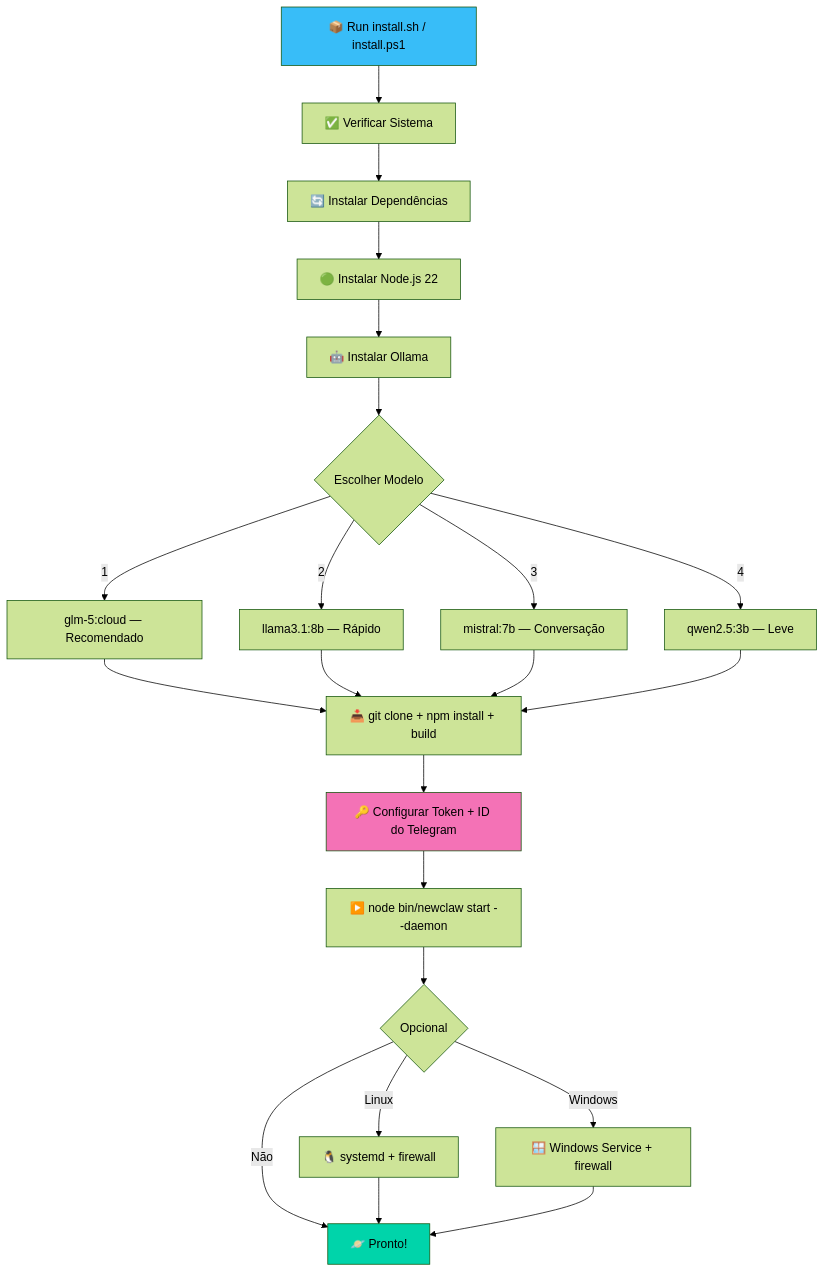
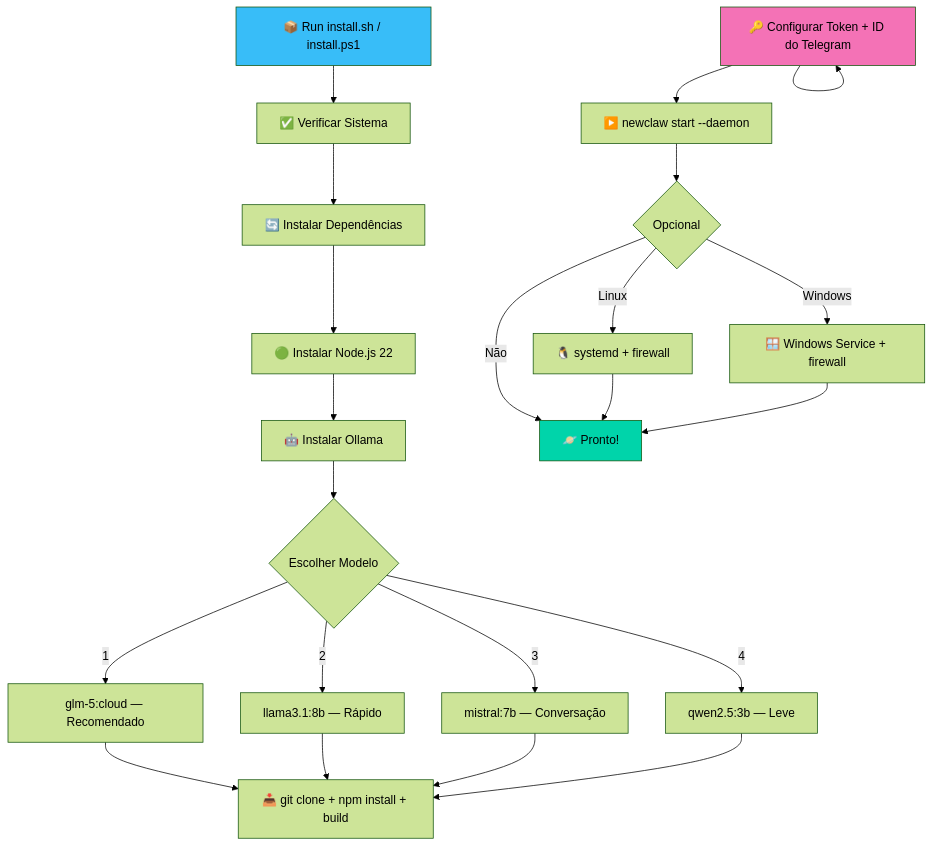
The ninth of 9 diagrams in README.md (rovanni/NewClaw), drawn with Mermaid (forest theme) before and after one commit. The commit also changed other lines of this file and 2 other files, not shown here.

Commit message:
refactor: streamline CLI execution with global command wrapper and improve installation configuration flow

````diff
--- a/README.md
+++ b/README.md
@@ -397,28 +397,28 @@
 ```mermaid
 flowchart TD
     A["📦 Run install.sh / install.ps1"] --> B["✅ Verificar Sistema"]
     B --> C["🔄 Instalar Dependências"]
     C --> D["🟢 Instalar Node.js 22"]
     D --> E["🤖 Instalar Ollama"]
     E --> F{"Escolher Modelo"}
     F -->|"1"| G1["glm-5:cloud — Recomendado"]
     F -->|"2"| G2["llama3.1:8b — Rápido"]
     F -->|"3"| G3["mistral:7b — Conversação"]
     F -->|"4"| G4["qwen2.5:3b — Leve"]
     G1 --> H["📥 git clone + npm install + build"]
     G2 --> H
     G3 --> H
     G4 --> H
-    H --> I["🔑 Configurar Token + ID do Telegram"]
-    I --> J["▶️ node bin/newclaw start --daemon"]
+    I --> I["🔑 Configurar Token + ID do Telegram"]
+    I --> J["▶️ newclaw start --daemon"]
     J --> K{"Opcional"}
     K -->|"Linux"| L1["🐧 systemd + firewall"]
     K -->|"Windows"| L2["🪟 Windows Service + firewall"]
     K -->|"Não"| M["🪐 Pronto!"]
     L1 --> M
     L2 --> M
 
     style A fill:#38bdf8,color:#000
     style I fill:#f472b6,color:#000
     style M fill:#00d4aa,color:#000
 ```
````
